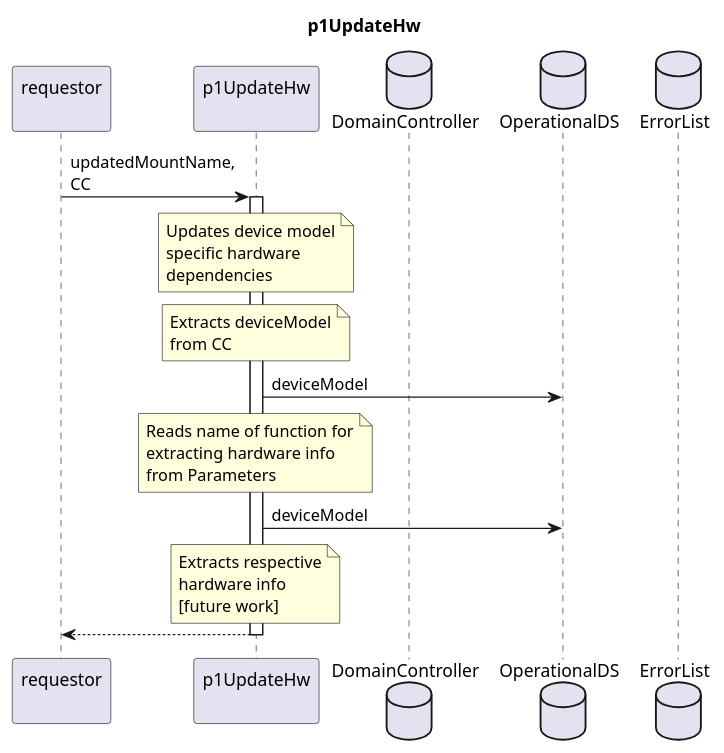
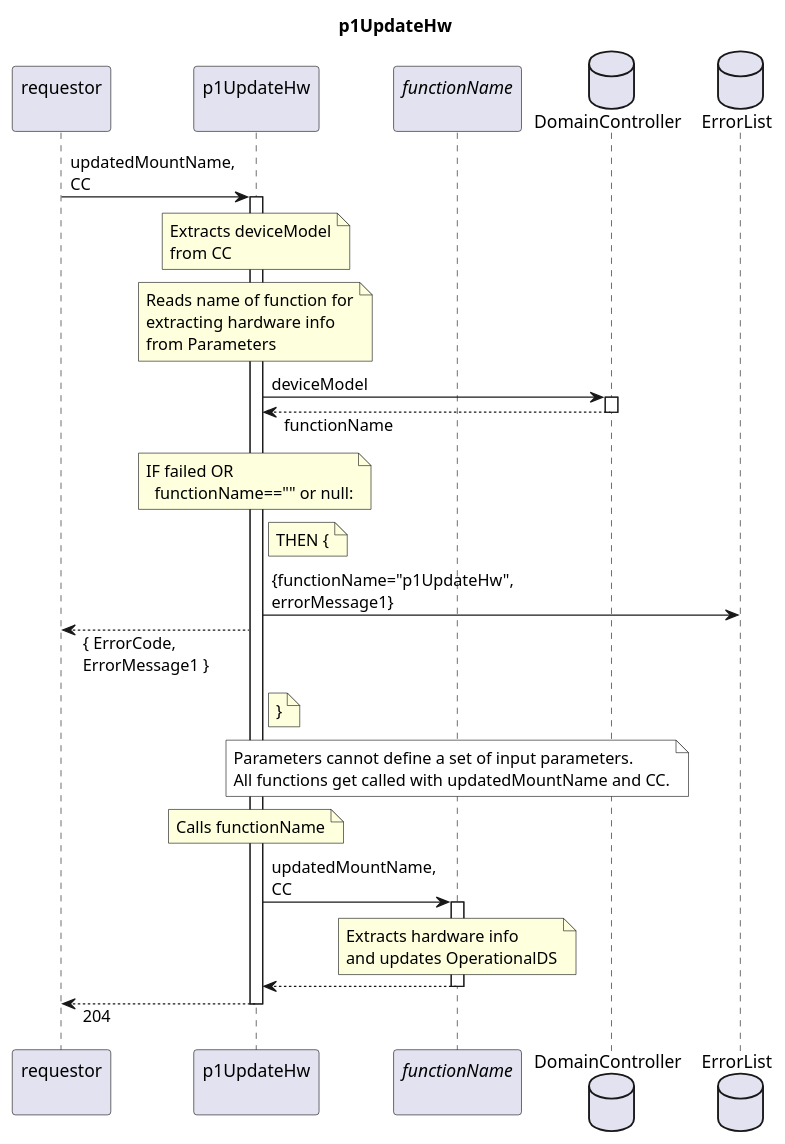
The diagram in spec/Functions/Measurement/p1UpdateHw/1.0.0/p1UpdateHw.plantuml (openBackhaul/FirmWareManager), drawn with PlantUML before and after one commit. The commit also changed 16 other files, not shown here.

Commit message:
Add p1WriteJustDeviceModel

```diff
--- a/spec/Functions/Measurement/p1UpdateHw/1.0.0/p1UpdateHw.plantuml
+++ b/spec/Functions/Measurement/p1UpdateHw/1.0.0/p1UpdateHw.plantuml
@@ -1,46 +1,65 @@
 @startuml p1UpdateHw
 skinparam responseMessageBelowArrow true
 
 title
   p1UpdateHw
 end title
 
 participant "requestor\n" as requestor
-participant "p1UpdateHw\n" as updateHw
-participant "p1UpdateHw\n" as updateHw
+participant "p1UpdateHw\n" as indServ
+participant "<i>functionName</i>\n" as extrFunc
 
 database "DomainController" as DC
-database "OperationalDS" as OpDS
 database "ErrorList" as hEL
 
-requestor -> updateHw: updatedMountName,\nCC
-activate updateHw
-  note over updateHw
-    Updates device model
-    specific hardware
-    dependencies
-  end note
-  note over updateHw
+requestor -> indServ: updatedMountName,\nCC
+activate indServ
+
+  note over indServ
     Extracts deviceModel
     from CC
   end note
-  updateHw -> OpDS: deviceModel
-  note over updateHw
+
+  note over indServ
     Reads name of function for
     extracting hardware info
     from Parameters
   end note
-  updateHw -> OpDS: deviceModel
+  indServ -> DC: deviceModel
+  activate DC
+  indServ <-- DC: functionName
+  deactivate DC
+  note over indServ
+    IF failed OR 
+      functionName=="" or null:
+  end note
+  note right indServ
+    THEN {
+  end note
+  indServ -> hEL: {functionName="p1UpdateHw",\nerrorMessage1}
+  requestor <-- indServ: { ErrorCode,\nErrorMessage1 }
+  note right indServ
+    }
+  end note
 
+  note over extrFunc #White
+    Parameters cannot define a set of input parameters.
+    All functions get called with updatedMountName and CC.
+  end note
 
+  note over indServ
+    Calls functionName
+  end note
+  indServ -> extrFunc: updatedMountName,\nCC
+  activate extrFunc
+    note over extrFunc
+      Extracts hardware info
+      and updates OperationalDS
+    end note
+  indServ <-- extrFunc
+  deactivate extrFunc
 
-
-  note over updateHw
-    Extracts respective
-    hardware info
-    [future work]
-  end note
-requestor <-- updateHw
-deactivate updateHw
+requestor <-- indServ: 204
+deactivate indServ
 
 @enduml
```
